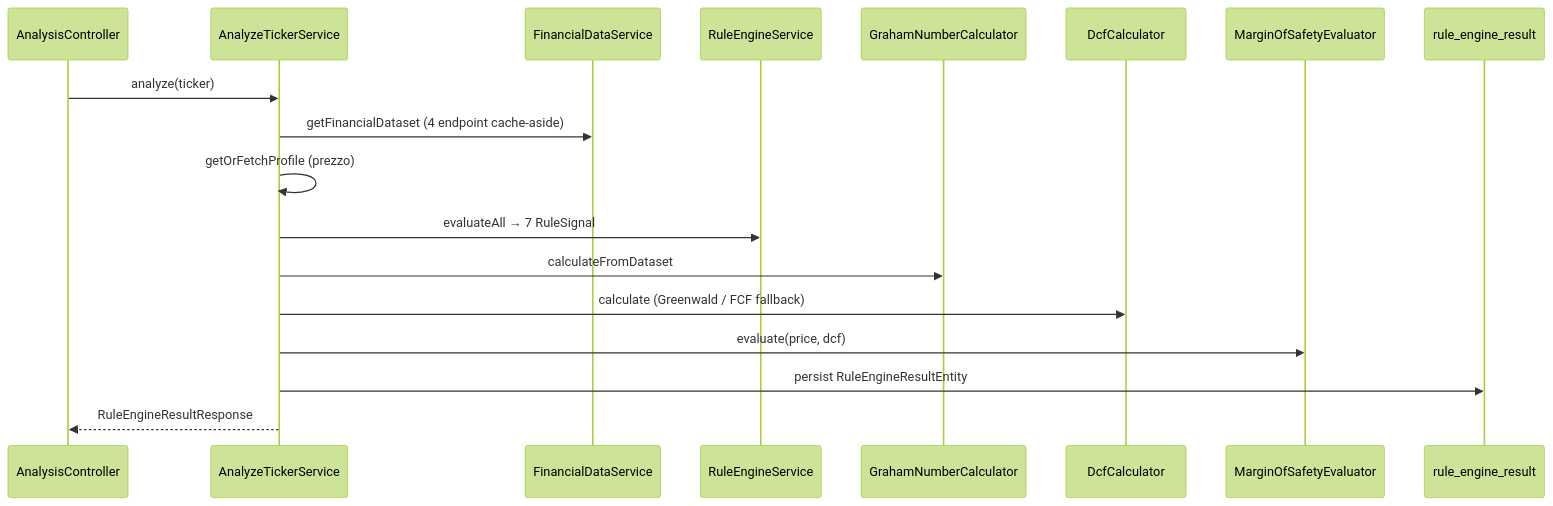
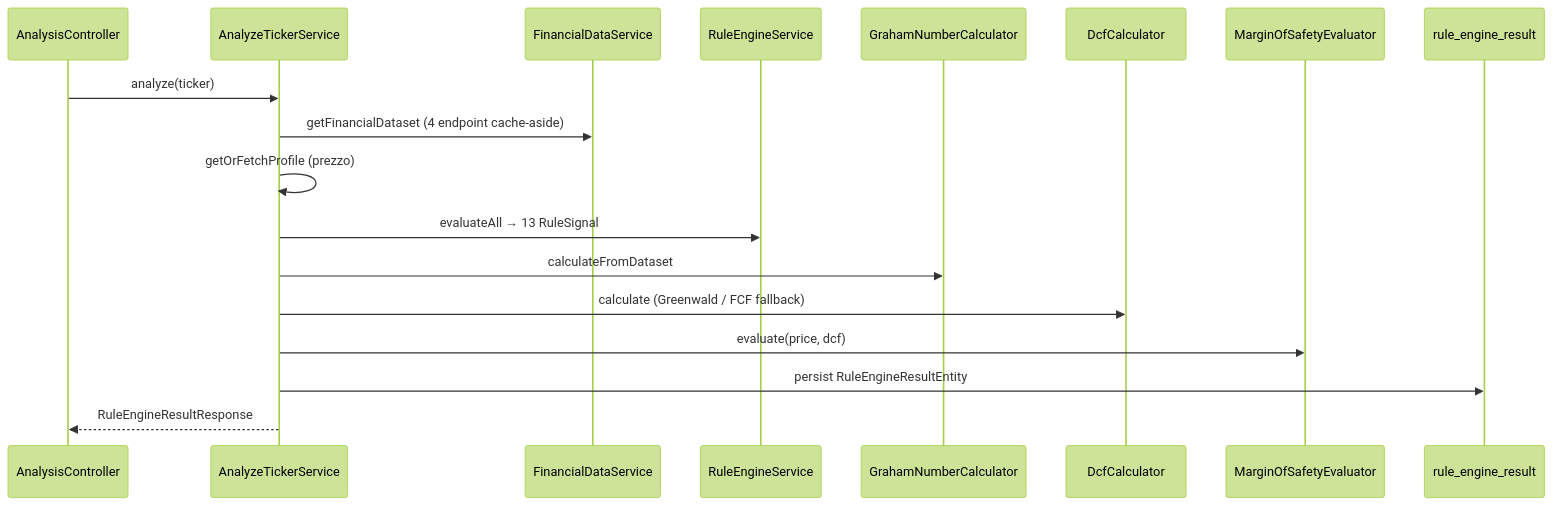
Before and after one commit to marcociullo86/agentic-value-investor-application: the first of 2 diagrams in wiki/concepts/analysis-api-pipeline.md, drawn with Mermaid (forest theme). The commit also changed other lines of this file and 2 other files, not shown here.

First line of the commit message:
docs: complete signal count update across wiki and architecture docs

````diff
--- a/wiki/concepts/analysis-api-pipeline.md
+++ b/wiki/concepts/analysis-api-pipeline.md
@@ -23,21 +23,21 @@
 ```mermaid
 sequenceDiagram
     participant C as AnalysisController
     participant S as AnalyzeTickerService
     participant F as FinancialDataService
     participant R as RuleEngineService
     participant G as GrahamNumberCalculator
     participant D as DcfCalculator
     participant M as MarginOfSafetyEvaluator
     participant DB as rule_engine_result
 
     C->>S: analyze(ticker)
     S->>F: getFinancialDataset (4 endpoint cache-aside)
     S->>S: getOrFetchProfile (prezzo)
-    S->>R: evaluateAll → 7 RuleSignal
+    S->>R: evaluateAll → 13 RuleSignal
     S->>G: calculateFromDataset
     S->>D: calculate (Greenwald / FCF fallback)
     S->>M: evaluate(price, dcf)
     S->>DB: persist RuleEngineResultEntity
     S-->>C: RuleEngineResultResponse
 ```
````
